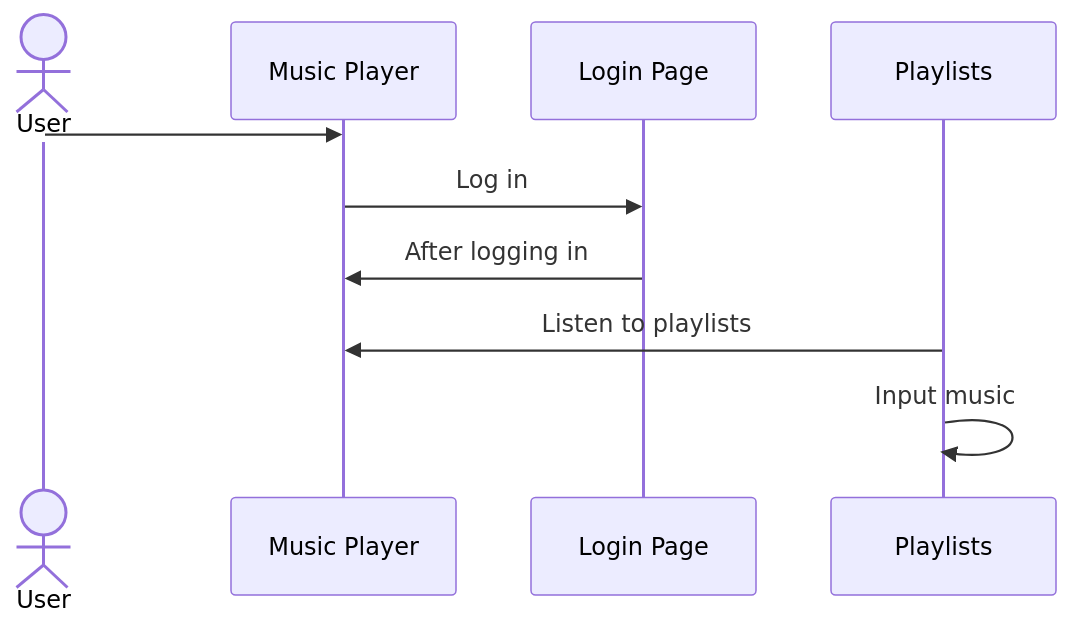
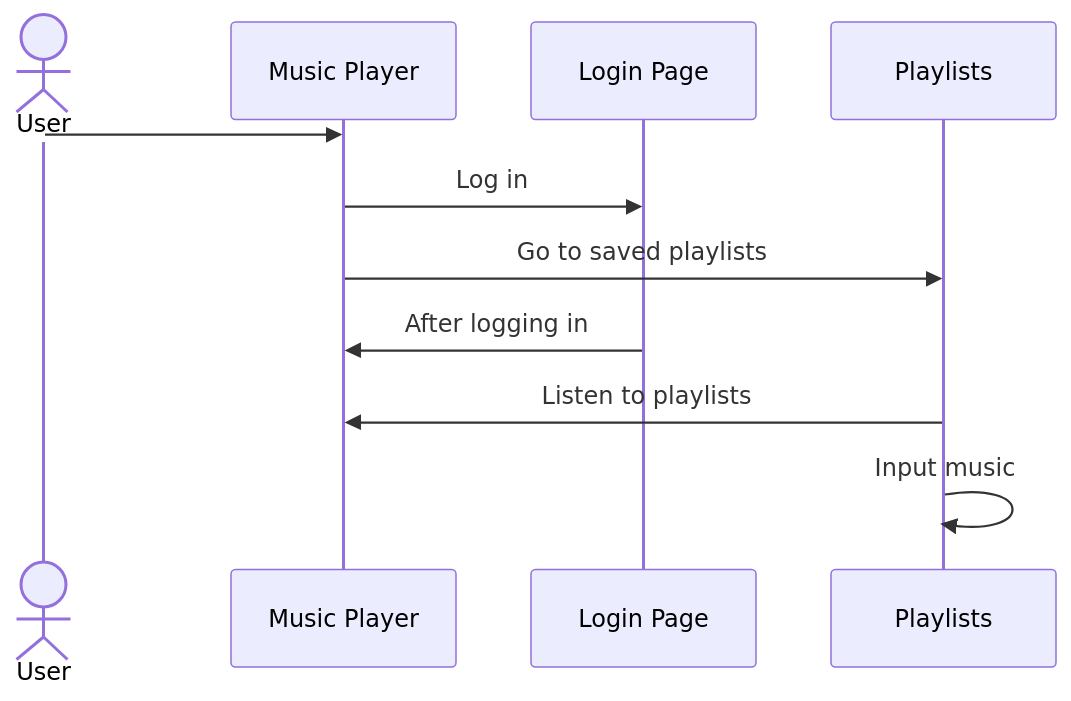
Before and after one commit to ActillyAllay/startup: the diagram in README.md, drawn with Mermaid.

Commit message:
docs: edited the sequence diagram in README.md

````diff
--- a/README.md
+++ b/README.md
@@ -37,12 +37,13 @@
 ```mermaid
 sequenceDiagram
     actor User
     participant Music Player
     participant Login Page
     participant Playlists
     User->>Music Player:
     Music Player->>Login Page: Log in
+    Music Player->>Playlists: Go to saved playlists
     Login Page->>Music Player: After logging in
     Playlists->>Music Player: Listen to playlists
     Playlists->>Playlists: Input music
 ```
````
